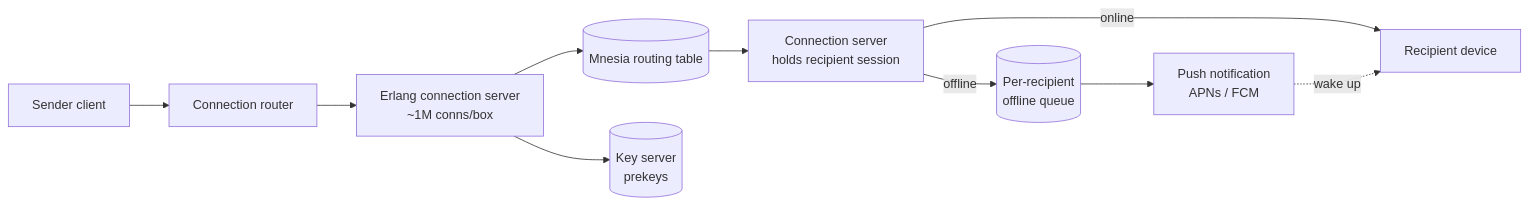
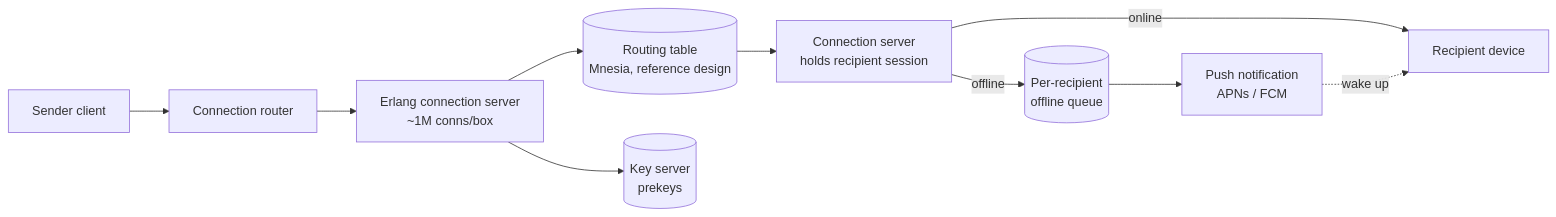
Before and after one commit to alwin-verus/big-tech-system-design: the diagram in cheatsheets/whatsapp.md, drawn with Mermaid. The commit also changed other lines of this file and 56 other files, not shown here.

````diff
--- a/cheatsheets/whatsapp.md
+++ b/cheatsheets/whatsapp.md
@@ -11,12 +11,12 @@
 ```mermaid
 flowchart LR
   A["Sender client"] --> LB["Connection router"]
   LB --> CS1["Erlang connection server<br/>~1M conns/box"]
-  CS1 --> ROUTE[("Mnesia routing table")]
+  CS1 --> ROUTE[("Routing table<br/>Mnesia, reference design")]
   ROUTE --> CS2["Connection server<br/>holds recipient session"]
   CS2 -->|"online"| B["Recipient device"]
   CS2 -->|"offline"| Q[("Per-recipient<br/>offline queue")]
   Q --> PN["Push notification<br/>APNs / FCM"]
   PN -.->|"wake up"| B
   CS1 --> KS[("Key server<br/>prekeys")]
 ```
````
